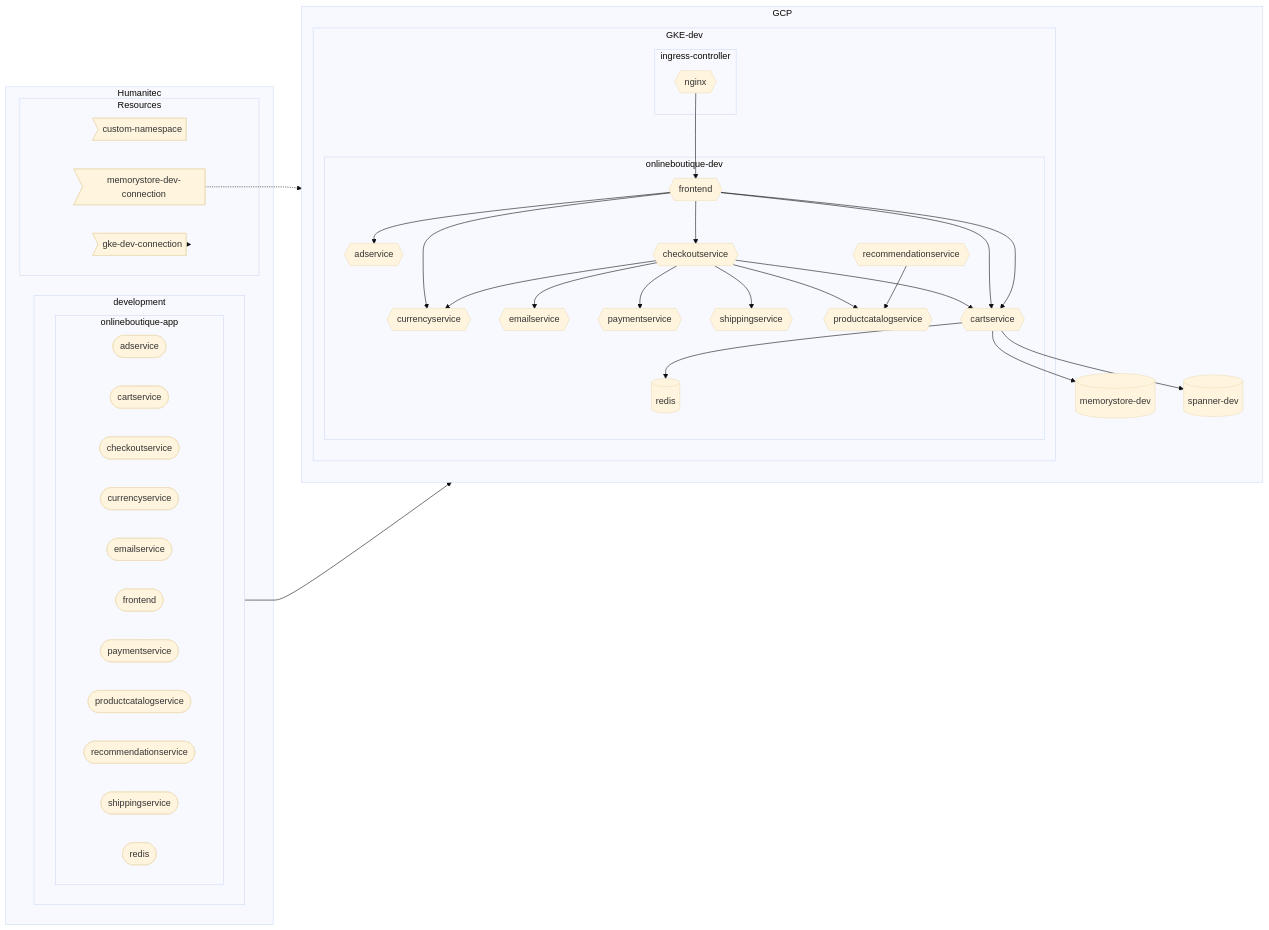
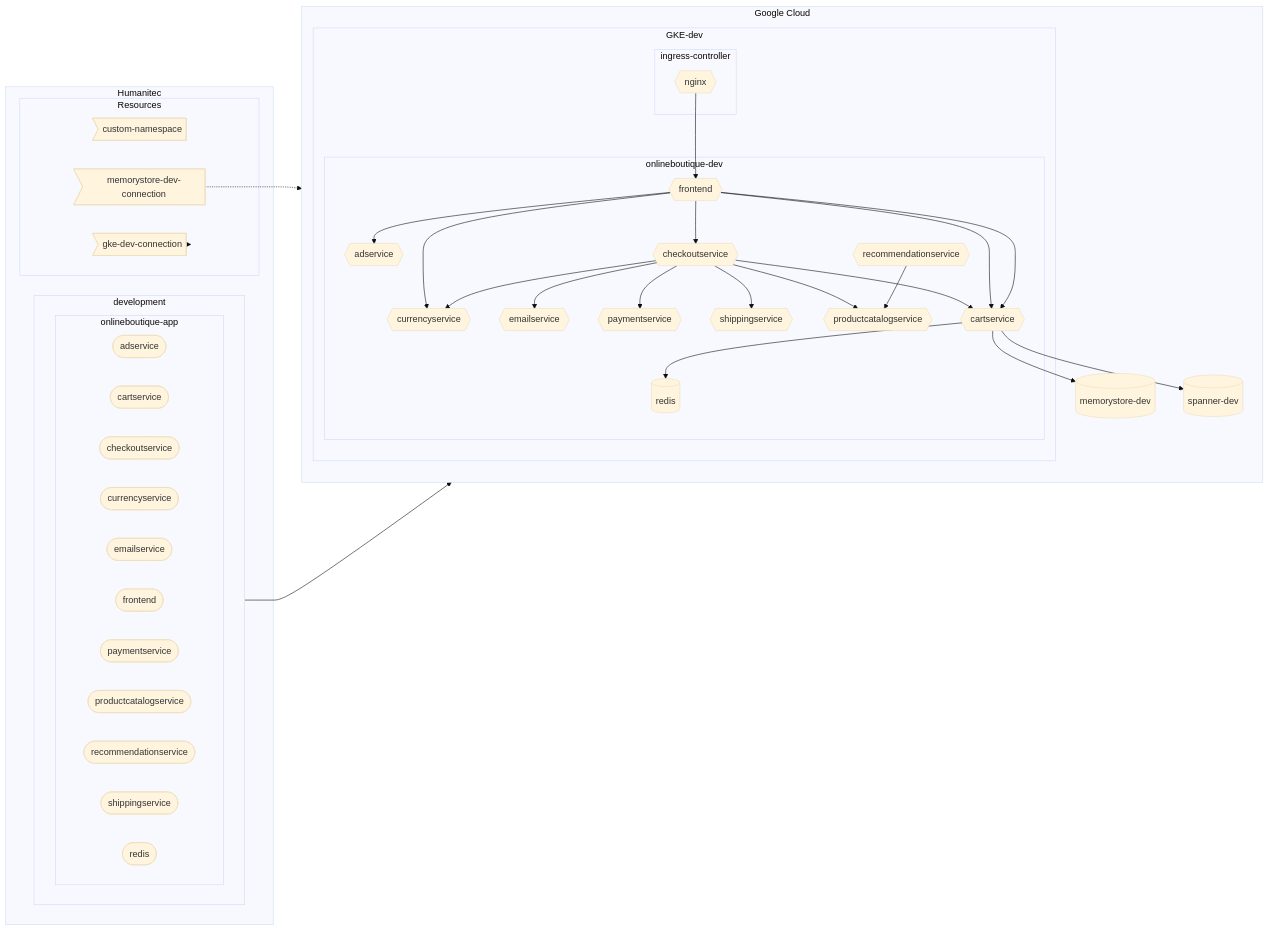
Before and after one commit to mathieu-benoit/hello-humanitec: the second of 2 diagrams in README.md, drawn with Mermaid (base theme). The commit also changed other lines of this file, not shown here.

````diff
--- a/README.md
+++ b/README.md
@@ -40,56 +40,56 @@
 ```mermaid
 flowchart LR
   subgraph Humanitec
     subgraph development
         direction LR
         subgraph onlineboutique-app
             direction LR
             adservice-workload([adservice])
             cartservice-workload([cartservice])
             checkoutservice-workload([checkoutservice])
             currencyservice-workload([currencyservice])
             emailservice-workload([emailservice])
             frontend-workload([frontend])
             paymentservice-workload([paymentservice])
             productcatalogservice-workload([productcatalogservice])
             recommendationservice-workload([recommendationservice])
             shippingservice-workload([shippingservice])
             redis-workload([redis])
         end
     end
     subgraph Resources
         custom-namespace>custom-namespace]
         gke-dev-connection>gke-dev-connection]
         memorystore-dev-connection>memorystore-dev-connection]
     end
   end
-  subgraph GCP
+  subgraph Google Cloud
     direction TB
     subgraph GKE-dev
         subgraph ingress-controller
             nginx{{nginx}}
         end
         subgraph onlineboutique-dev
             frontend{{frontend}}-->adservice{{adservice}}
             frontend-->checkoutservice{{checkoutservice}}
             frontend-->currencyservice{{currencyservice}}
             checkoutservice-->emailservice{{emailservice}}
             checkoutservice-->paymentservice{{paymentservice}}
             checkoutservice-->currencyservice
             checkoutservice-->shippingservice{{shippingservice}}
             checkoutservice-->productcatalogservice{{productcatalogservice}}
             checkoutservice-->cartservice
             frontend-->cartservice
             frontend-->cartservice
             cartservice{{cartservice}}-->redis[(redis)]
             recommendationservice{{recommendationservice}}-->productcatalogservice
         end
         nginx-->frontend
     end
     gke-dev-connection-.->GKE-dev
     memorystore-dev-connection-.->memorystore-dev[(memorystore-dev)]
     onlineboutique-app-->onlineboutique-dev
     cartservice-->memorystore-dev
     cartservice-->spanner-dev[(spanner-dev)]
   end
 ```
````
